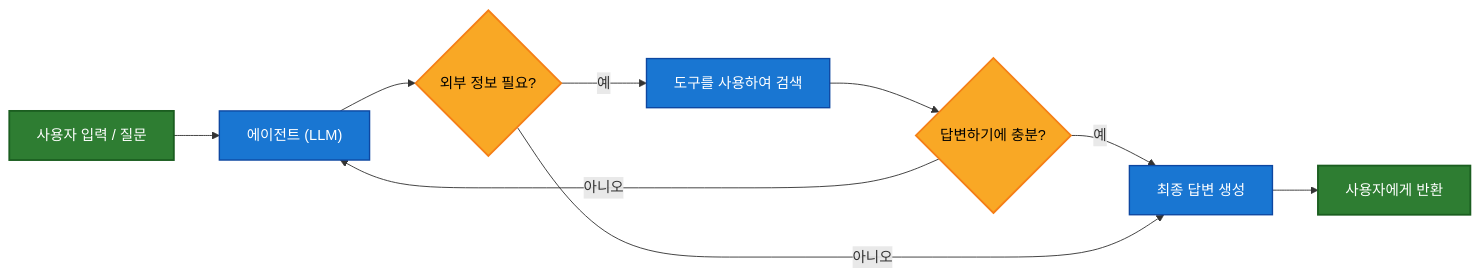
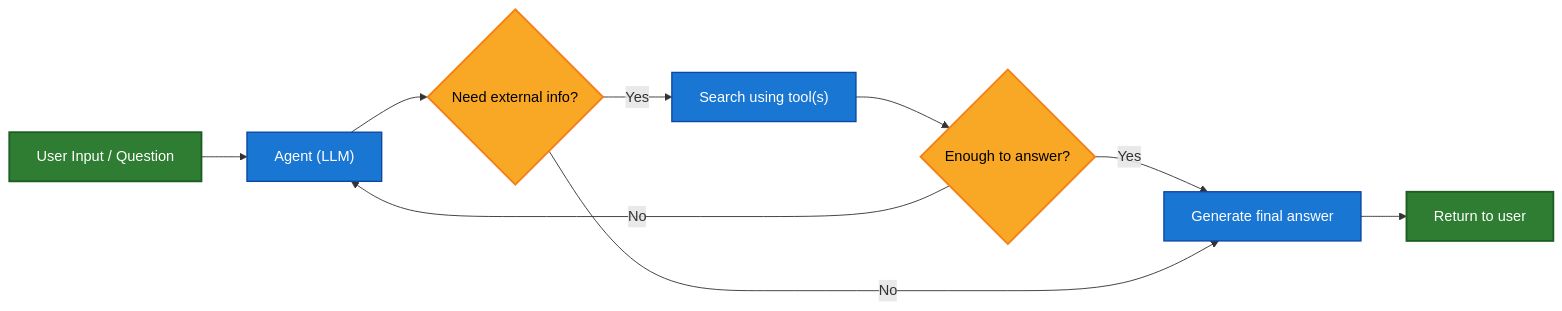
Before and after one commit to jeongsk/langchain-docs: the third of 4 diagrams in src-ko/oss/langchain/retrieval.mdx, drawn with Mermaid. The commit also changed other lines of this file and 835 other files, not shown here.

````diff
--- a/src-ko/oss/langchain/retrieval.mdx
+++ b/src-ko/oss/langchain/retrieval.mdx
@@ -170,20 +171,20 @@
 ```mermaid
 graph LR
-    A[사용자 입력 / 질문] --> B["에이전트 (LLM)"]
-    B --> C{외부 정보 필요?}
-    C -- 예 --> D["도구를 사용하여 검색"]
-    D --> H{답변하기에 충분?}
-    H -- 아니오 --> B
-    H -- 예 --> I[최종 답변 생성]
-    C -- 아니오 --> I
-    I --> J[사용자에게 반환]
+    A[User Input / Question] --> B["Agent (LLM)"]
+    B --> C{Need external info?}
+    C -- Yes --> D["Search using tool(s)"]
+    D --> H{Enough to answer?}
+    H -- No --> B
+    H -- Yes --> I[Generate final answer]
+    C -- No --> I
+    I --> J[Return to user]
 
     %% Dark-mode friendly styling
     classDef startend fill:#2e7d32,stroke:#1b5e20,stroke-width:2px,color:#fff
     classDef decision fill:#f9a825,stroke:#f57f17,stroke-width:2px,color:#000
     classDef process fill:#1976d2,stroke:#0d47a1,stroke-width:1.5px,color:#fff
 
     class A,J startend
     class B,D,I process
     class C,H decision
 ```
````
